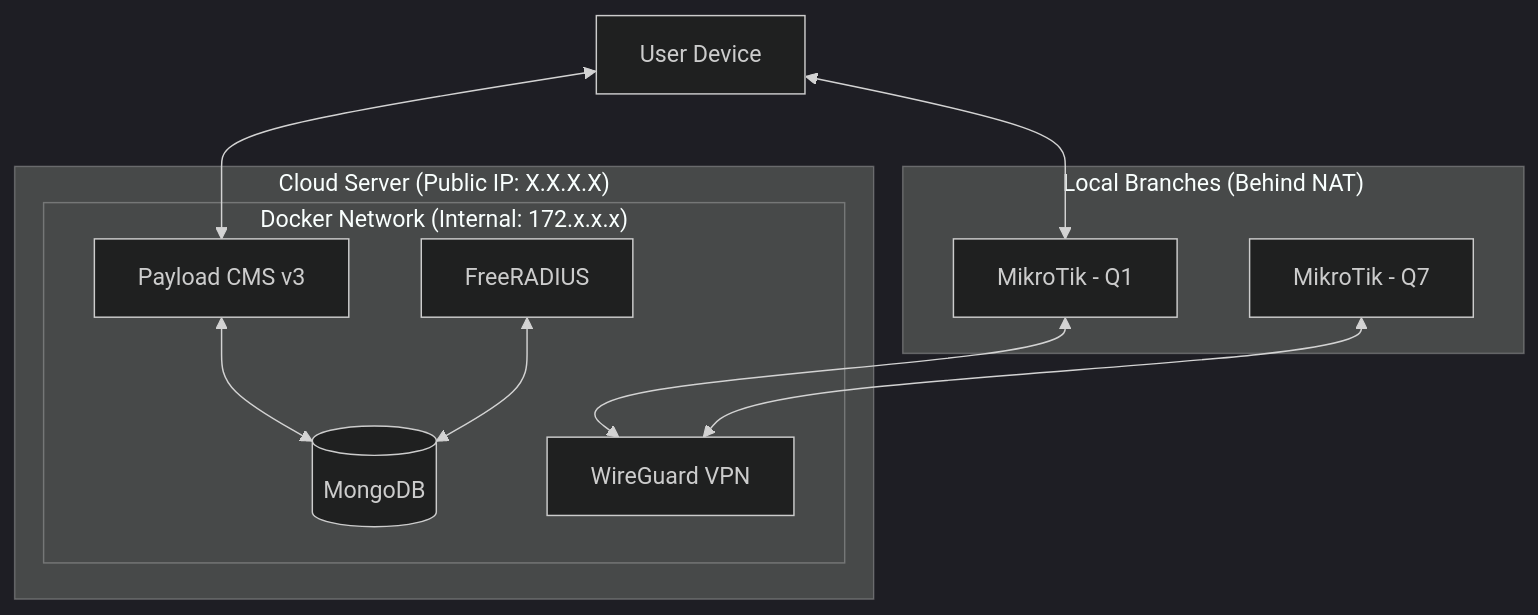
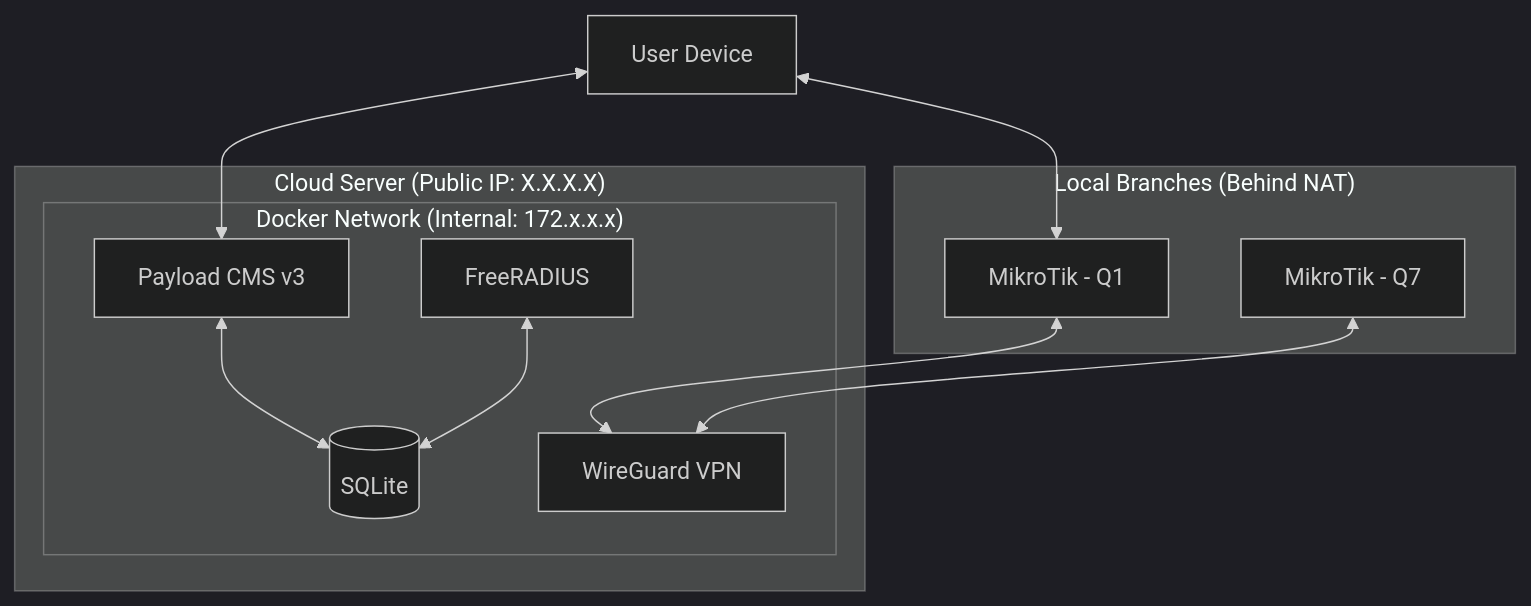
The diagram in docs/04-architecture/system-architecture.md (cogivn/iwas), drawn with Mermaid (dark theme) before and after one commit. The commit also changed other lines of this file and 5 other files, not shown here.

````diff
--- a/docs/04-architecture/system-architecture.md
+++ b/docs/04-architecture/system-architecture.md
@@ -15,18 +15,18 @@
 ```mermaid
 graph TD
     subgraph "Cloud Server (Public IP: X.X.X.X)"
         subgraph "Docker Network (Internal: 172.x.x.x)"
-            P[Payload CMS v3] <--> M[(MongoDB)]
-            R[FreeRADIUS] <--> M
+            P[Payload CMS v3] <--> S[(SQLite)]
+            R[FreeRADIUS] <--> S
             WG[WireGuard VPN]
         end
     end
 
     subgraph "Local Branches (Behind NAT)"
         MK1[MikroTik - Q1] <--> WG
         MK2[MikroTik - Q7] <--> WG
     end
 
     U[User Device] <--> MK1
     U <--> P
 ```
````
